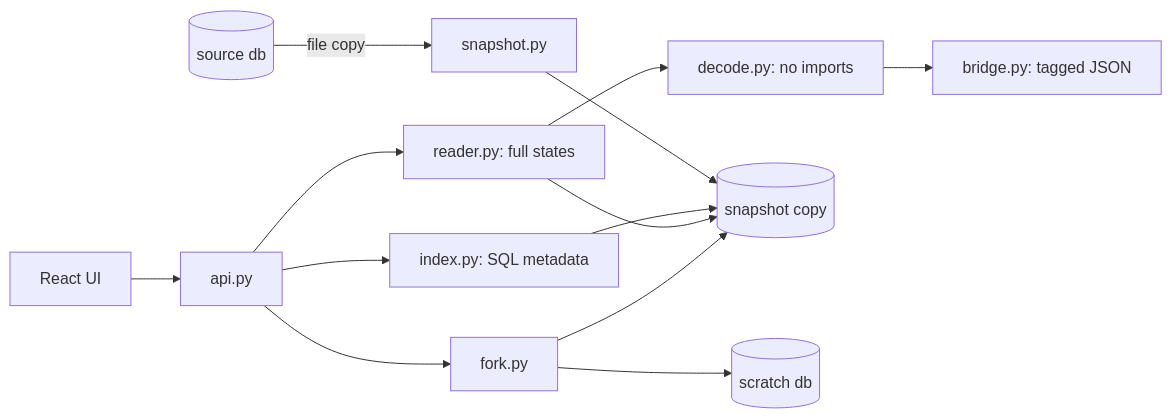
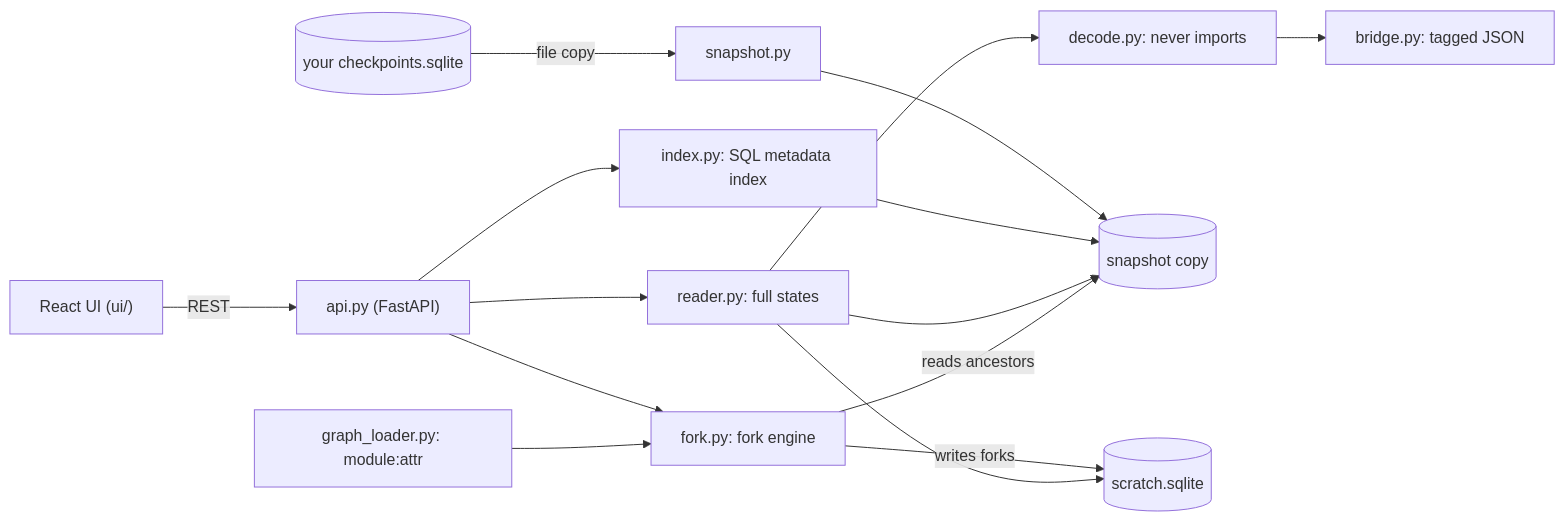
The diagram in docs/DEVDOCS.md (sathwikbairaboina2/flight-recorder), drawn with Mermaid before and after one commit. The commit also changed other lines of this file and 1 other file, not shown here.

````diff
--- a/docs/DEVDOCS.md
+++ b/docs/DEVDOCS.md
@@ -29,14 +56,16 @@
 ```mermaid
 flowchart LR
-    UI["React UI"] --> API["api.py"]
-    API --> IDX["index.py: SQL metadata"]
+    UI["React UI (ui/)"] -->|REST| API["api.py (FastAPI)"]
+    API --> IDX["index.py: SQL metadata index"]
     API --> RD["reader.py: full states"]
-    API --> FK["fork.py"]
-    RD --> DEC["decode.py: no imports"] --> BR["bridge.py: tagged JSON"]
-    SRC[("source db")] -- "file copy" --> SNAP["snapshot.py"]
+    API --> FK["fork.py: fork engine"]
+    RD --> DEC["decode.py: never imports"] --> BR["bridge.py: tagged JSON"]
+    SRC[("your checkpoints.sqlite")] -- "file copy" --> SNAP["snapshot.py"]
     SNAP --> COPY[("snapshot copy")]
     IDX --> COPY
     RD --> COPY
-    FK --> COPY
-    FK --> SCR[("scratch db")]
+    FK -->|reads ancestors| COPY
+    FK -->|writes forks| SCR[("scratch.sqlite")]
+    RD --> SCR
+    GL["graph_loader.py: module:attr"] --> FK
 ```
````
